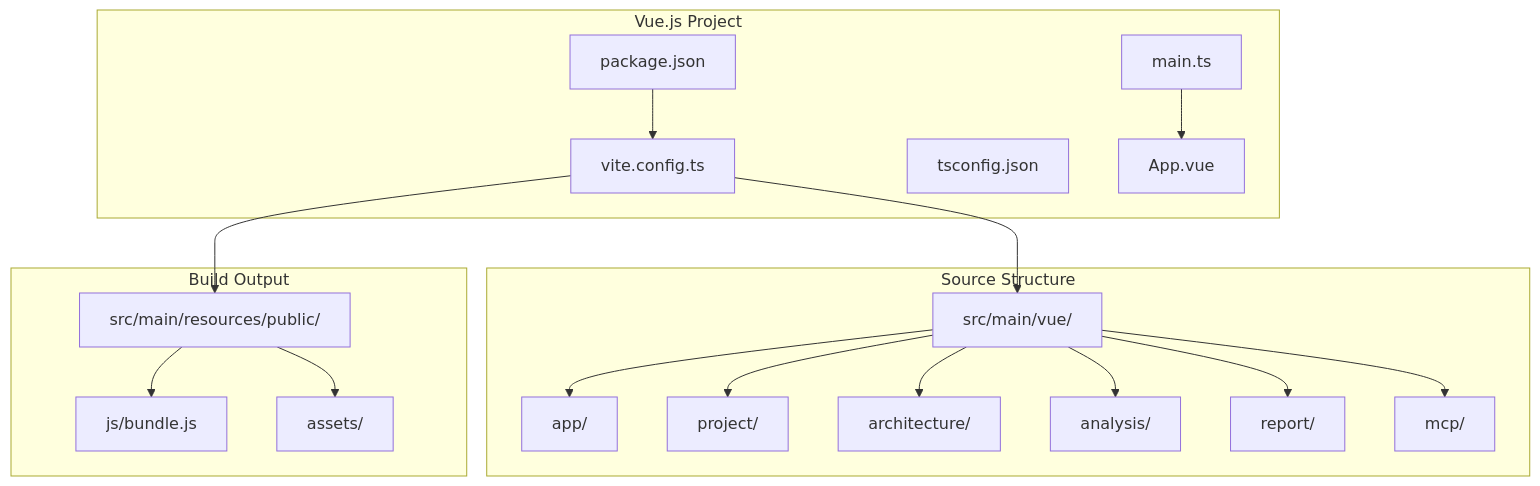
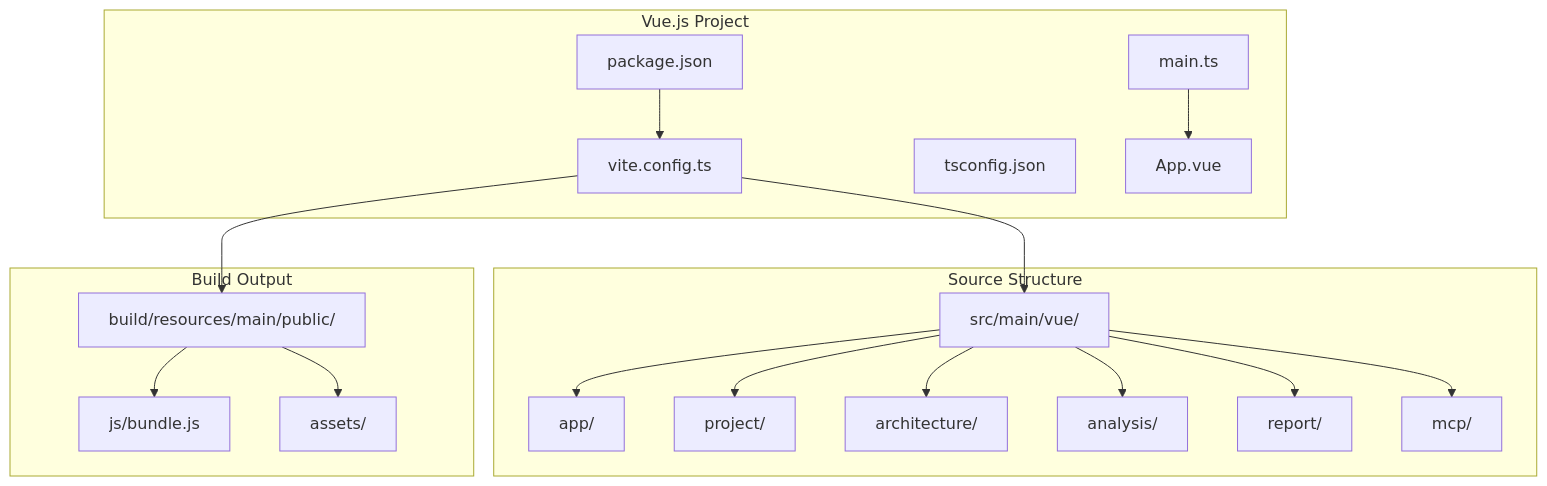
Before and after one commit to Lezhik/SpringTwin: the diagram in docs/tasks/sprint-1/F1.1-vuejs-project-setup.md, drawn with Mermaid. The commit also changed other lines of this file and 14 other files, not shown here.

````diff
--- a/docs/tasks/sprint-1/F1.1-vuejs-project-setup.md
+++ b/docs/tasks/sprint-1/F1.1-vuejs-project-setup.md
@@ -37,41 +37,41 @@
 ```mermaid
 graph TD
     subgraph Vue.js Project
         package_json[package.json]
         vite_config[vite.config.ts]
         ts_config[tsconfig.json]
         main_ts[main.ts]
         app_vue[App.vue]
     end
     
     subgraph Source Structure
         src_main_vue[src/main/vue/]
         app_module[app/]
         project_module[project/]
         architecture_module[architecture/]
         analysis_module[analysis/]
         report_module[report/]
         mcp_module[mcp/]
     end
     
     subgraph Build Output
-        resources_public[src/main/resources/public/]
+        build_resources_public[build/resources/main/public/]
         js_bundle[js/bundle.js]
         assets[assets/]
     end
     
     package_json --> vite_config
     vite_config --> src_main_vue
     main_ts --> app_vue
     
     src_main_vue --> app_module
     src_main_vue --> project_module
     src_main_vue --> architecture_module
     src_main_vue --> analysis_module
     src_main_vue --> report_module
     src_main_vue --> mcp_module
     
-    vite_config --> resources_public
-    resources_public --> js_bundle
-    resources_public --> assets
+    vite_config --> build_resources_public
+    build_resources_public --> js_bundle
+    build_resources_public --> assets
 ```
````
